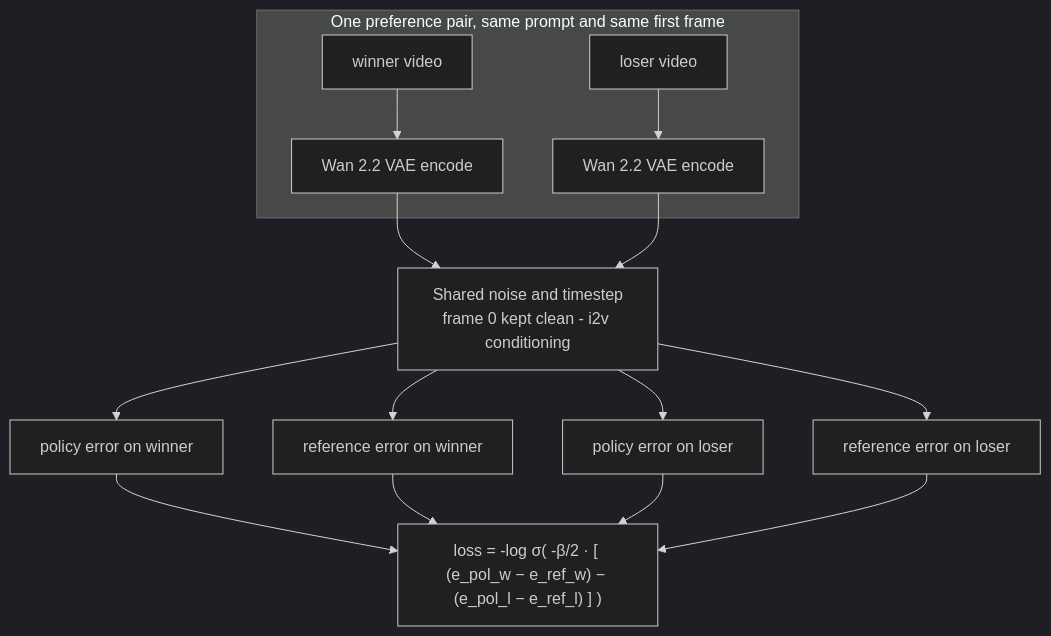
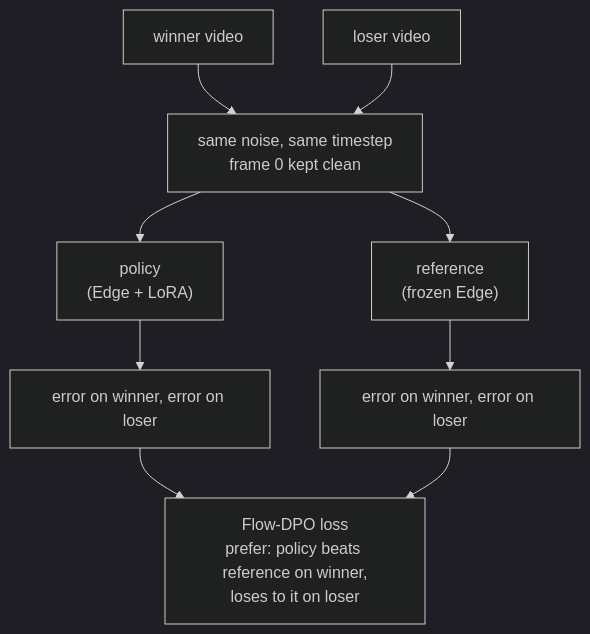
Before and after one commit to Patra2020/cosmos-align: the fifth of 6 diagrams in README.md, drawn with Mermaid (dark theme). The commit also changed other lines of this file and 1 other file, not shown here.

````diff
--- a/README.md
+++ b/README.md
@@ -66,14 +107,10 @@
 ```mermaid
 flowchart TB
-    subgraph pair[One preference pair, same prompt and same first frame]
-        W[winner video] --> VAE1[Wan 2.2 VAE encode]
-        L[loser video] --> VAE2[Wan 2.2 VAE encode]
-    end
-    VAE1 --> N[Shared noise and timestep<br/>frame 0 kept clean - i2v conditioning]
-    VAE2 --> N
-    N --> PW[policy error on winner]
-    N --> RW[reference error on winner]
-    N --> PL[policy error on loser]
-    N --> RL[reference error on loser]
-    PW & RW & PL & RL --> LOSS["loss = -log σ( -β/2 · [ (e_pol_w − e_ref_w) − (e_pol_l − e_ref_l) ] )"]
+    W["winner video"] --> N["same noise, same timestep<br/>frame 0 kept clean"]
+    L["loser video"] --> N
+    N --> POL["policy<br/>(Edge + LoRA)"]
+    N --> REF["reference<br/>(frozen Edge)"]
+    POL --> E1["error on winner, error on loser"]
+    REF --> E2["error on winner, error on loser"]
+    E1 & E2 --> LOSS["Flow-DPO loss<br/>prefer: policy beats reference on winner,<br/>loses to it on loser"]
 ```
````
